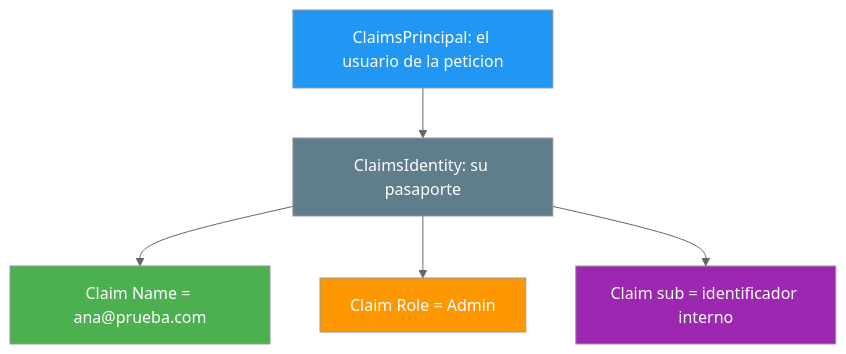
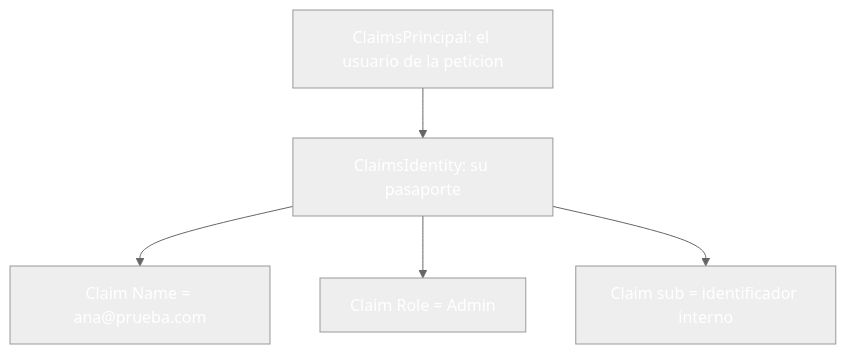
Before and after one commit to joseluisgs/DesarrolloWebEntornosServidor-03-2026-2027: the first of 8 diagrams in 19-autenticacion-identity.md, drawn with Mermaid (neutral theme). The commit also changed other lines of this file and 30 other files, not shown here.

````diff
--- a/19-autenticacion-identity.md
+++ b/19-autenticacion-identity.md
@@ -69,12 +69,12 @@
 ```mermaid
 graph TD
     P["ClaimsPrincipal: el usuario de la peticion"] --> I["ClaimsIdentity: su pasaporte"]
     I --> C1["Claim Name = ana@prueba.com"]
     I --> C2["Claim Role = Admin"]
     I --> C3["Claim sub = identificador interno"]
-    style P fill:#2196F3,color:#fff
-    style I fill:#607D8B,color:#fff
-    style C1 fill:#4CAF50,color:#fff
-    style C2 fill:#FF9800,color:#fff
-    style C3 fill:#9C27B0,color:#fff
+    style P fill:#2196F,color:#fff3,color:#fff
+    style I fill:#607D8,color:#fffB,color:#fff
+    style C1 fill:#4CAF5,color:#fff0,color:#fff
+    style C2 fill:#FF980,color:#fff0,color:#fff
+    style C3 fill:#9C27B,color:#fff0,color:#fff
 ```
````
